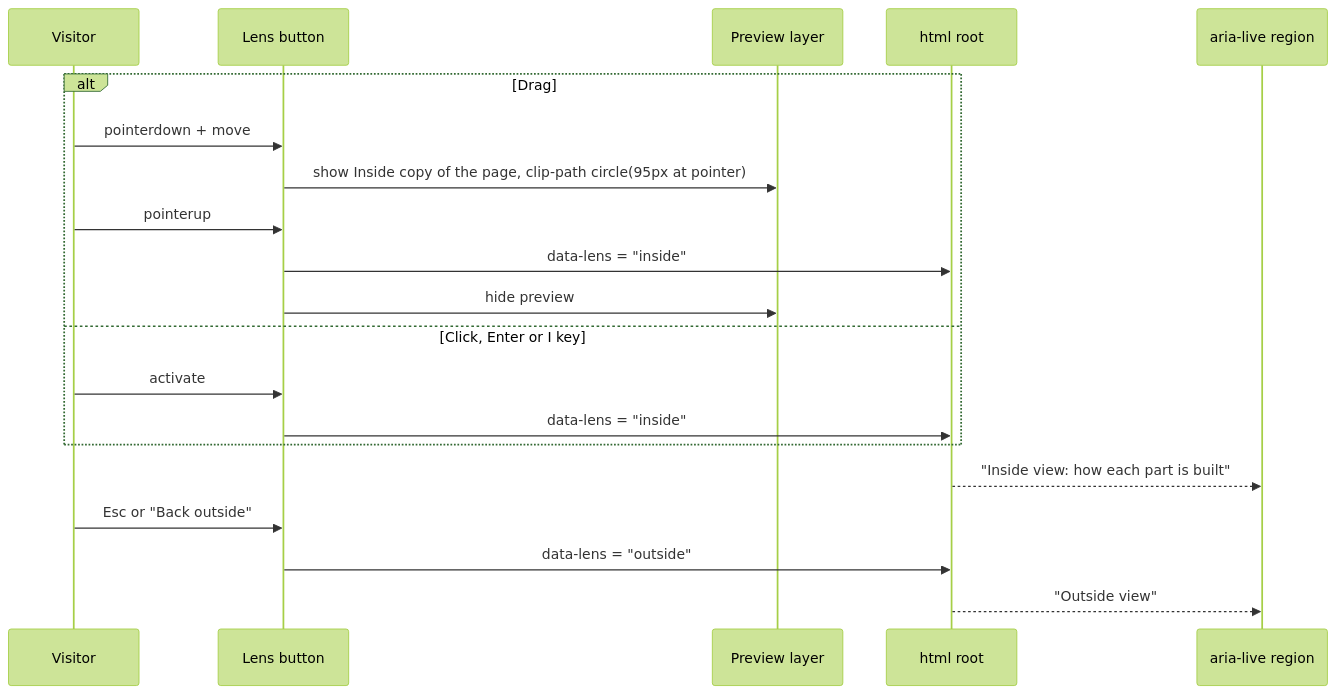
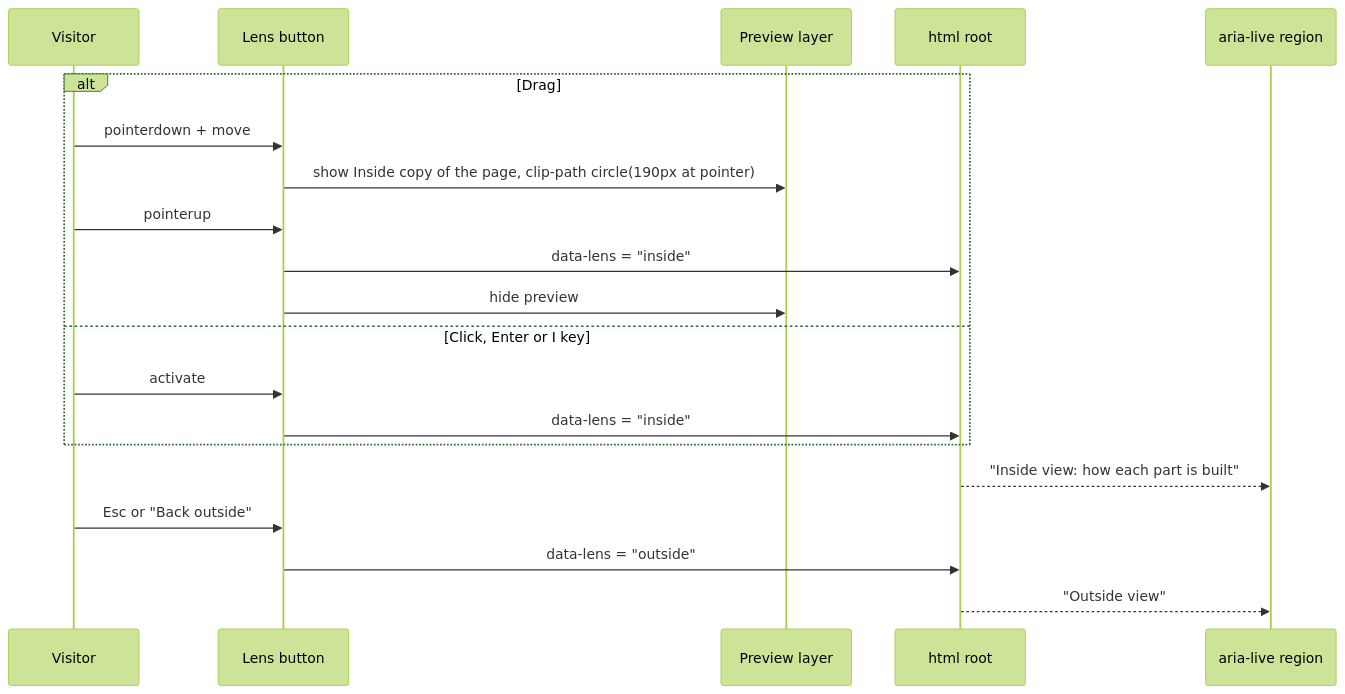
The first of 2 diagrams in openspec/changes/portfolio-implementation/design.md (trinity-bytes/jahattrinidad.com), drawn with Mermaid (forest theme) before and after one commit. The commit also changed 2 other files, not shown here.

Commit message:
fix(lens): enlarge the preview circle to the board's 190px radius

````diff
--- a/openspec/changes/portfolio-implementation/design.md
+++ b/openspec/changes/portfolio-implementation/design.md
@@ -34,23 +34,23 @@
 ```mermaid
 sequenceDiagram
   participant U as Visitor
   participant L as Lens button
   participant P as Preview layer
   participant R as html root
   participant A as aria-live region
 
   alt Drag
     U->>L: pointerdown + move
-    L->>P: show Inside copy of the page, clip-path circle(95px at pointer)
+    L->>P: show Inside copy of the page, clip-path circle(190px at pointer)
     U->>L: pointerup
     L->>R: data-lens = "inside"
     L->>P: hide preview
   else Click, Enter or I key
     U->>L: activate
     L->>R: data-lens = "inside"
   end
   R-->>A: "Inside view: how each part is built"
   U->>L: Esc or "Back outside"
   L->>R: data-lens = "outside"
   R-->>A: "Outside view"
 ```
````
